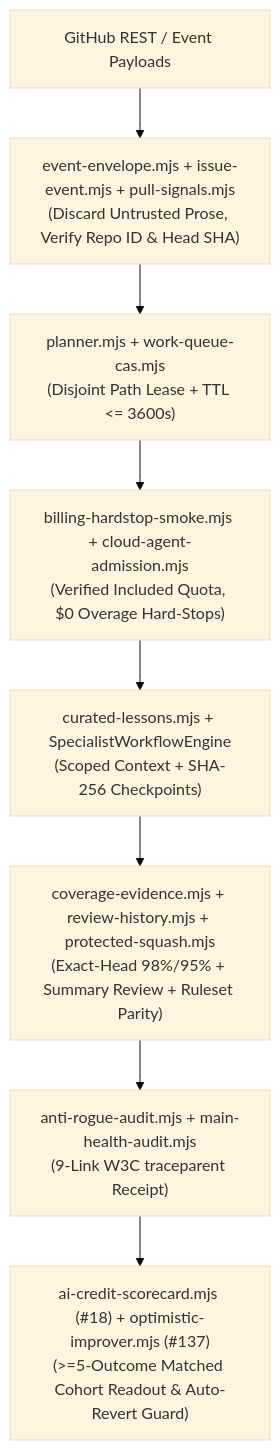
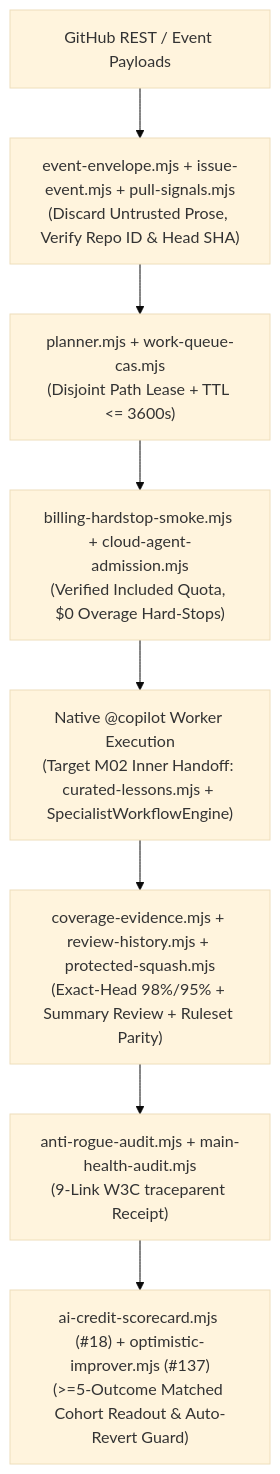
One commit to Jamula/SoftwareFactory changed the third of 3 diagrams in docs/DELIVERY-LIFECYCLE.md. Above: the diagram before and after it, drawn with Mermaid (base theme). The commit also changed other lines of this file and 7 other files, not shown here.

````diff
--- a/docs/DELIVERY-LIFECYCLE.md
+++ b/docs/DELIVERY-LIFECYCLE.md
@@ -87,10 +90,10 @@
 ```mermaid
 flowchart TD
   RAW["GitHub REST / Event Payloads"] --> STRIP["event-envelope.mjs + issue-event.mjs + pull-signals.mjs<br/>(Discard Untrusted Prose, Verify Repo ID & Head SHA)"]
   STRIP --> PLAN_DF["planner.mjs + work-queue-cas.mjs<br/>(Disjoint Path Lease + TTL <= 3600s)"]
   PLAN_DF --> ADMIT_DF["billing-hardstop-smoke.mjs + cloud-agent-admission.mjs<br/>(Verified Included Quota, $0 Overage Hard-Stops)"]
-  ADMIT_DF --> EXEC_DF["curated-lessons.mjs + SpecialistWorkflowEngine<br/>(Scoped Context + SHA-256 Checkpoints)"]
+  ADMIT_DF --> EXEC_DF["Native @copilot Worker Execution<br/>(Target M02 Inner Handoff: curated-lessons.mjs + SpecialistWorkflowEngine)"]
   EXEC_DF --> GATE_DF["coverage-evidence.mjs + review-history.mjs + protected-squash.mjs<br/>(Exact-Head 98%/95% + Summary Review + Ruleset Parity)"]
   GATE_DF --> AUDIT_DF["anti-rogue-audit.mjs + main-health-audit.mjs<br/>(9-Link W3C traceparent Receipt)"]
   AUDIT_DF --> KAIZEN_DF["ai-credit-scorecard.mjs (#18) + optimistic-improver.mjs (#137)<br/>(>=5-Outcome Matched Cohort Readout & Auto-Revert Guard)"]
 ```
````
